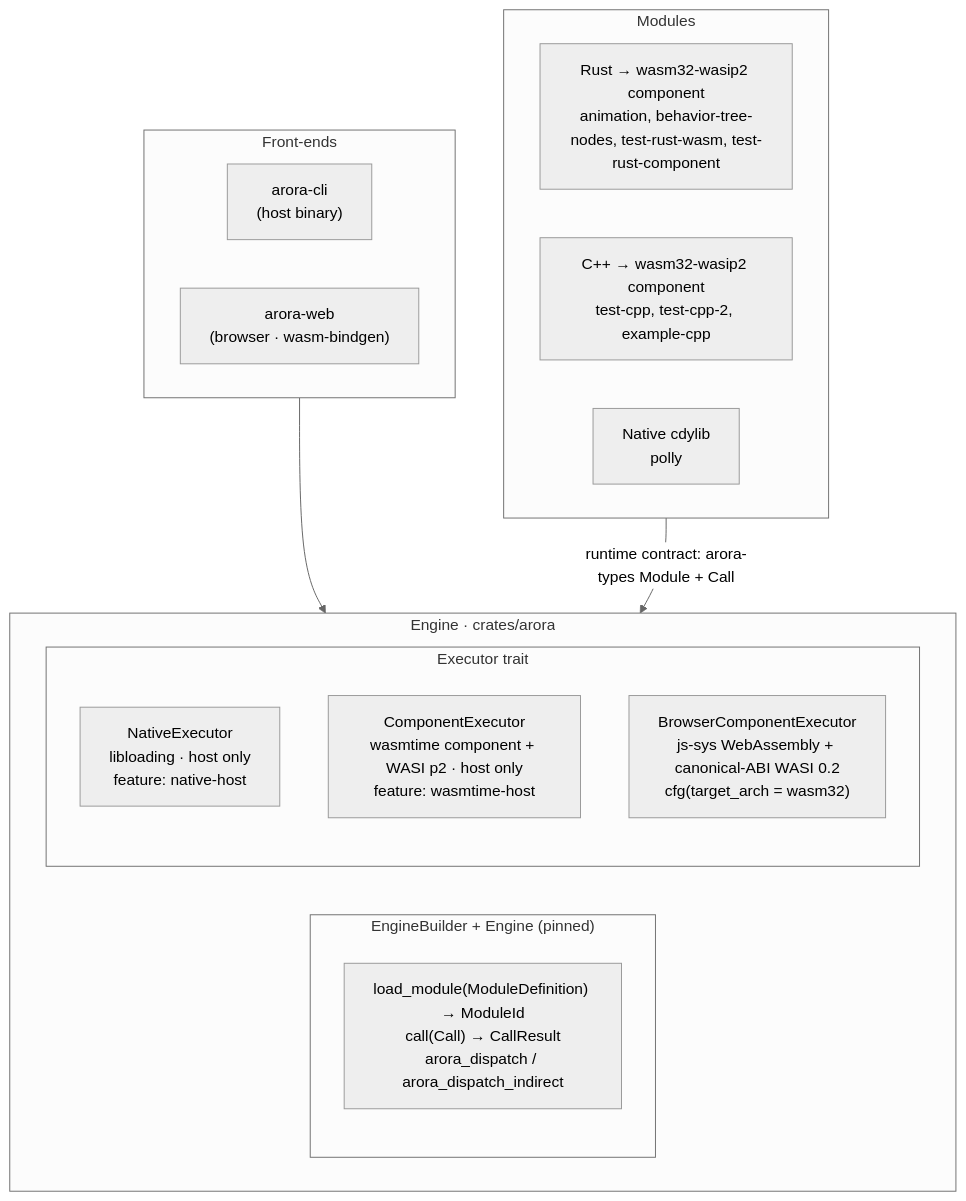
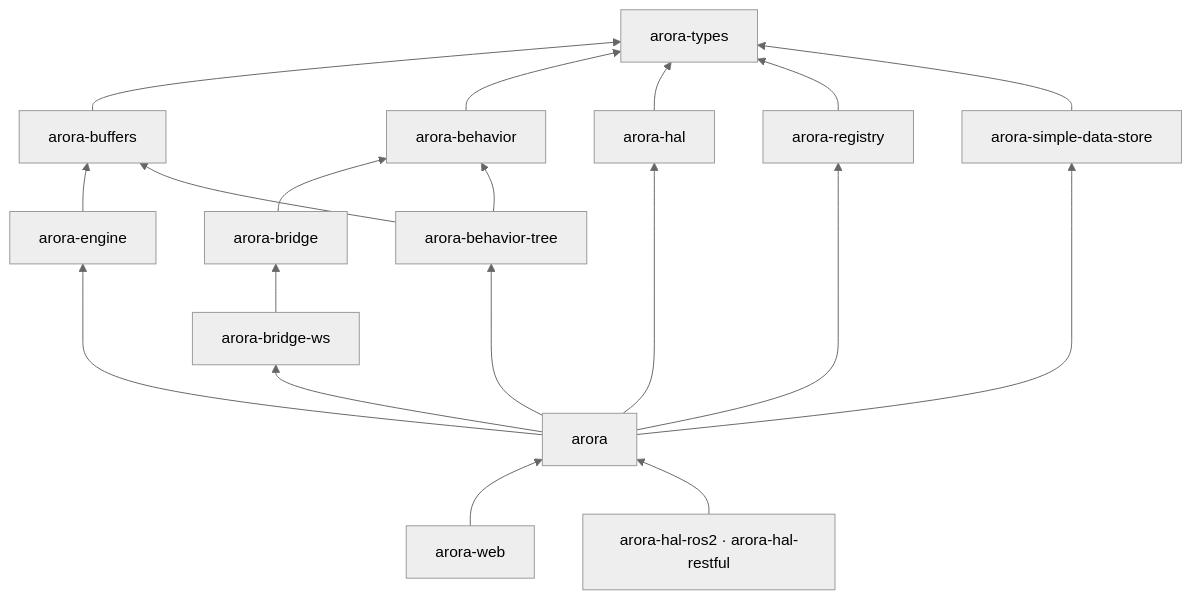
The first of 3 diagrams in docs/architecture.md (semio-ai/arora-sdk), drawn with Mermaid (neutral theme) before and after one commit. The commit also changed other lines of this file and 3 other files, not shown here.

````diff
--- a/docs/architecture.md
+++ b/docs/architecture.md
@@ -73,27 +28,22 @@
 ```mermaid
-graph TB
-    subgraph fe["Front-ends"]
-        cli["arora-cli\n(host binary)"]
-        web["arora-web\n(browser · wasm-bindgen)"]
-    end
-
-    subgraph eng["Engine · crates/arora"]
-        subgraph engine_api["EngineBuilder + Engine (pinned)"]
-            api["load_module(ModuleDefinition) → ModuleId\ncall(Call) → CallResult\narora_dispatch / arora_dispatch_indirect"]
-        end
-        subgraph executors["Executor trait"]
-            native_exec["NativeExecutor\nlibloading · host only\nfeature: native-host"]
-            component_exec["ComponentExecutor\nwasmtime component + WASI p2 · host only\nfeature: wasmtime-host"]
-            browser_component_exec["BrowserComponentExecutor\njs-sys WebAssembly + canonical-ABI WASI 0.2\ncfg(target_arch = wasm32)"]
-        end
-    end
-
-    subgraph mods["Modules"]
-        rust_component["Rust → wasm32-wasip2 component\nanimation, behavior-tree-nodes, test-rust-wasm, test-rust-component"]
-        cpp_component["C++ → wasm32-wasip2 component\ntest-cpp, test-cpp-2, example-cpp"]
-        native_cdylib["Native cdylib\npolly"]
-    end
-
-    fe --> eng
-    mods -->|"runtime contract: arora-types Module + Call"| eng
+graph BT
+    types["arora-types"]
+    buffers["arora-buffers"] --> types
+    behavior["arora-behavior"] --> types
+    hal["arora-hal"] --> types
+    bridge["arora-bridge"] --> behavior
+    registry["arora-registry"] --> types
+    store["arora-simple-data-store"] --> types
+    engine["arora-engine"] --> buffers
+    bt["arora-behavior-tree"] --> behavior
+    bt --> buffers
+    ws["arora-bridge-ws"] --> bridge
+    arora["arora"] --> engine
+    arora --> bt
+    arora --> hal
+    arora --> ws
+    arora --> registry
+    arora --> store
+    web["arora-web"] --> arora
+    halros["arora-hal-ros2 · arora-hal-restful"] --> arora
 ```
````
